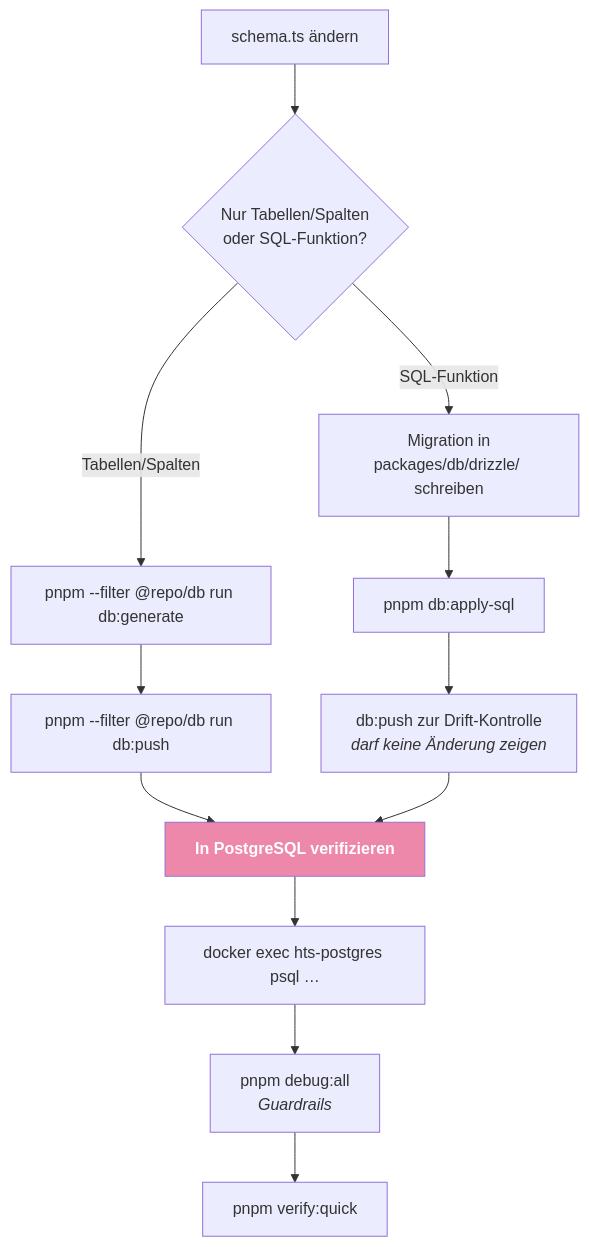
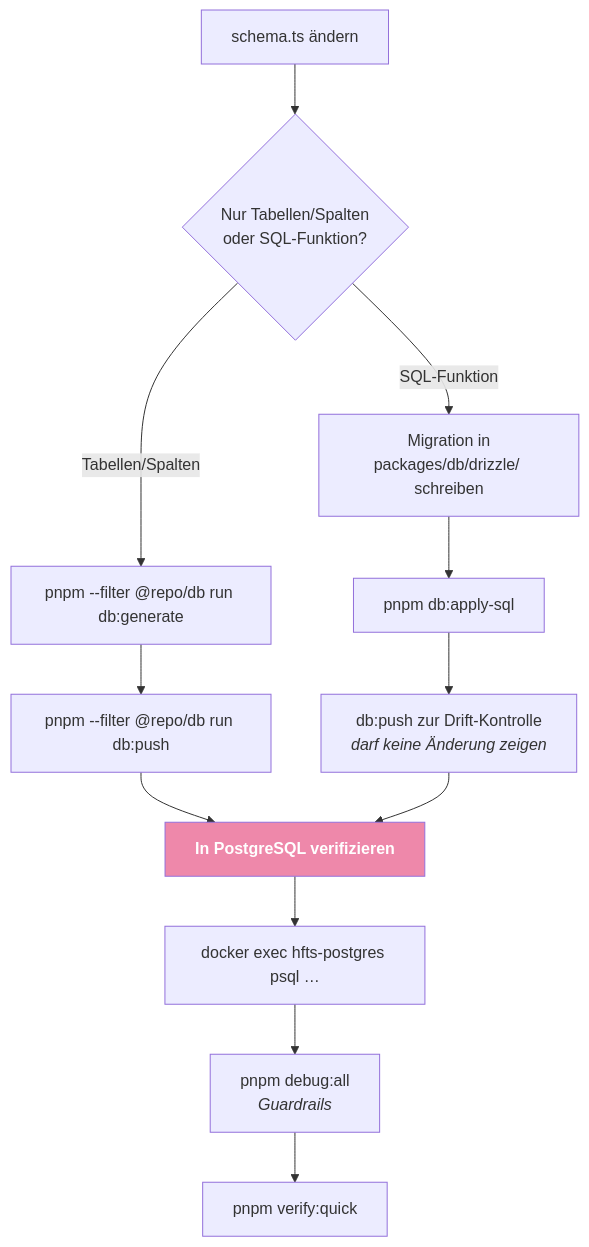
One commit to schuler-ph/high-frequency-ticket-system changed the eighth of 9 diagrams in docs/RUNBOOK.md. Above: the diagram before and after it, drawn with Mermaid. The commit also changed other lines of this file and 78 other files, not shown here.

Commit message:
hts to hfts

````diff
--- a/docs/RUNBOOK.md
+++ b/docs/RUNBOOK.md
@@ -564,19 +564,19 @@
 ```mermaid
 flowchart TD
     A["schema.ts ändern"] --> B{"Nur Tabellen/Spalten<br/>oder SQL-Funktion?"}
 
     B -->|Tabellen/Spalten| C["pnpm --filter @repo/db run db:generate"]
     C --> D["pnpm --filter @repo/db run db:push"]
 
     B -->|SQL-Funktion| E["Migration in<br/>packages/db/drizzle/ schreiben"]
     E --> F["pnpm db:apply-sql"]
     F --> G["db:push zur Drift-Kontrolle<br/><i>darf keine Änderung zeigen</i>"]
 
     D --> H["<b>In PostgreSQL verifizieren</b>"]
     G --> H
-    H --> I["docker exec hts-postgres psql …"]
+    H --> I["docker exec hfts-postgres psql …"]
     I --> J["pnpm debug:all<br/><i>Guardrails</i>"]
     J --> K["pnpm verify:quick"]
 
     style H fill:#e8a,color:#fff
 ```
````
